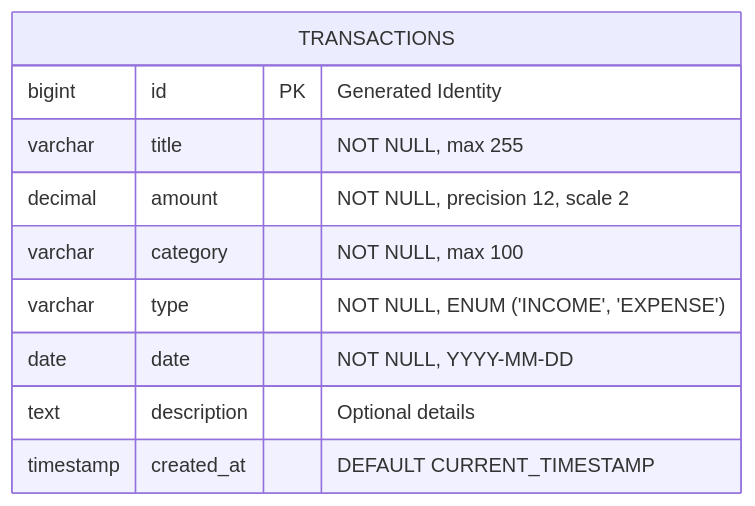
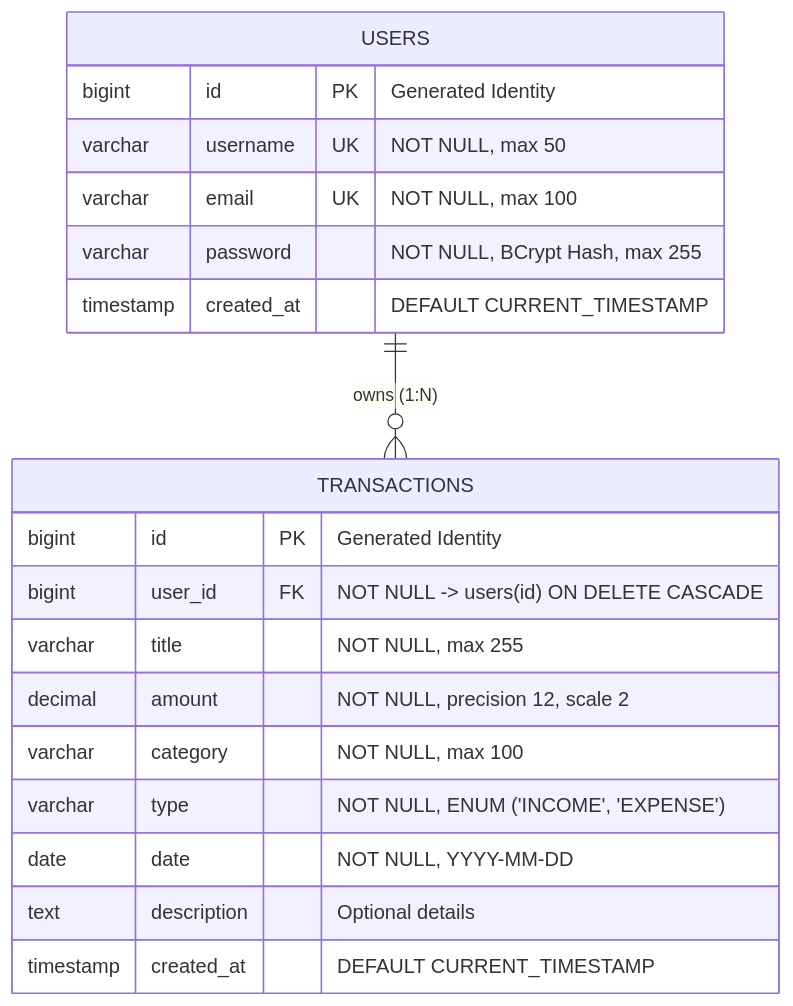
Before and after one commit to vedant0517/ExpenseTracker: the second of 2 diagrams in README.md, drawn with Mermaid. The commit also changed other lines of this file and 31 other files, not shown here.

````diff
--- a/README.md
+++ b/README.md
@@ -70,13 +96,22 @@
 ```mermaid
 erDiagram
+    USERS ||--o{ TRANSACTIONS : "owns (1:N)"
+    USERS {
+        bigint id PK "Generated Identity"
+        varchar username UK "NOT NULL, max 50"
+        varchar email UK "NOT NULL, max 100"
+        varchar password "NOT NULL, BCrypt Hash, max 255"
+        timestamp created_at "DEFAULT CURRENT_TIMESTAMP"
+    }
     TRANSACTIONS {
         bigint id PK "Generated Identity"
+        bigint user_id FK "NOT NULL -> users(id) ON DELETE CASCADE"
         varchar title "NOT NULL, max 255"
         decimal amount "NOT NULL, precision 12, scale 2"
         varchar category "NOT NULL, max 100"
         varchar type "NOT NULL, ENUM ('INCOME', 'EXPENSE')"
         date date "NOT NULL, YYYY-MM-DD"
         text description "Optional details"
         timestamp created_at "DEFAULT CURRENT_TIMESTAMP"
     }
 ```
````
